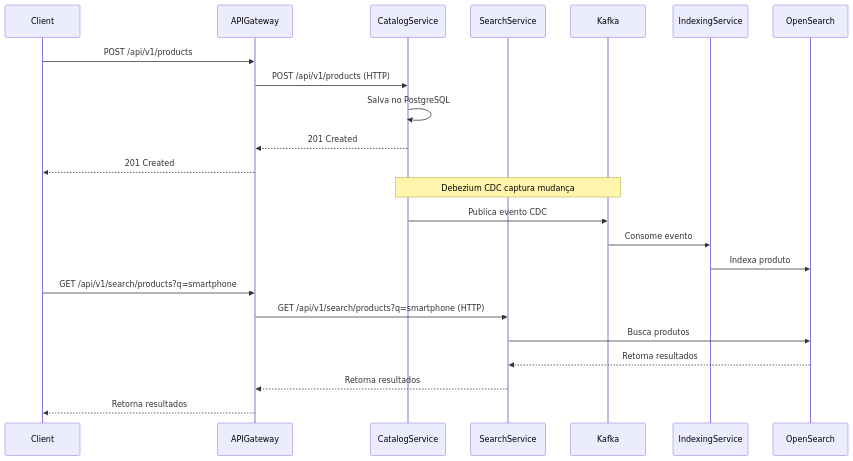
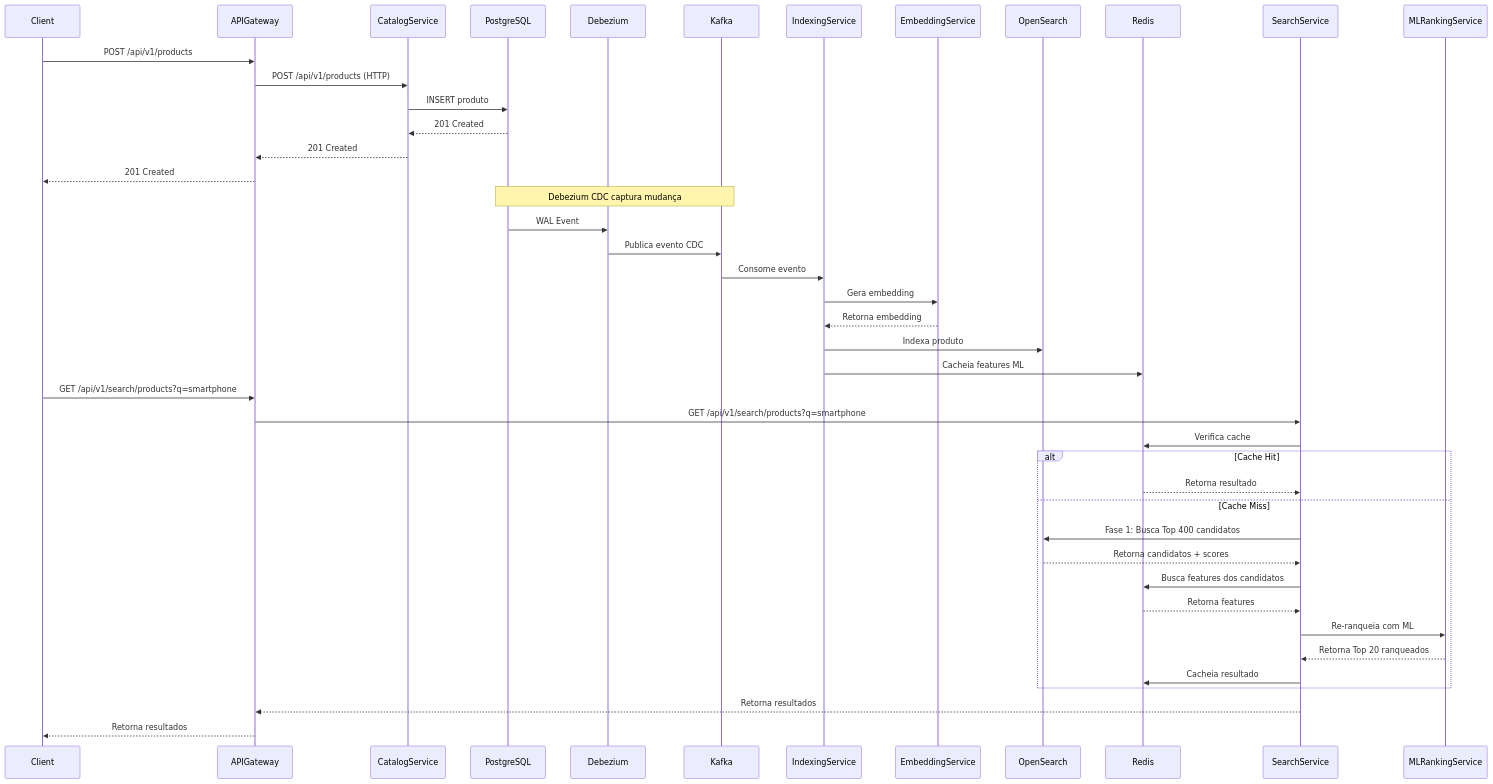
The first of 2 diagrams in README.md (pablords/marketplace-search-system), drawn with Mermaid before and after one commit. The commit also changed other lines of this file and 11 other files, not shown here.

Commit message:
feat: enhance Marketplace Search System documentation and architecture; add detailed README files for API Gateway, Catalog Service, Indexing Service, and Search Service; update architecture overview and component descriptions; remove outdated documents related to async indexing and business rules

````diff
--- a/README.md
+++ b/README.md
@@ -293,28 +401,48 @@
 ```mermaid
 sequenceDiagram
     participant Client
     participant APIGateway
     participant CatalogService
-    participant SearchService
+    participant PostgreSQL
+    participant Debezium
     participant Kafka
     participant IndexingService
+    participant EmbeddingService
     participant OpenSearch
+    participant Redis
+    participant SearchService
+    participant MLRankingService
 
     Client->>APIGateway: POST /api/v1/products
     APIGateway->>CatalogService: POST /api/v1/products (HTTP)
-    CatalogService->>CatalogService: Salva no PostgreSQL
+    CatalogService->>PostgreSQL: INSERT produto
+    PostgreSQL-->>CatalogService: 201 Created
     CatalogService-->>APIGateway: 201 Created
     APIGateway-->>Client: 201 Created
     
-    Note over CatalogService,Kafka: Debezium CDC captura mudança
-    CatalogService->>Kafka: Publica evento CDC
+    Note over PostgreSQL,Kafka: Debezium CDC captura mudança
+    PostgreSQL->>Debezium: WAL Event
+    Debezium->>Kafka: Publica evento CDC
     Kafka->>IndexingService: Consome evento
+    IndexingService->>EmbeddingService: Gera embedding
+    EmbeddingService-->>IndexingService: Retorna embedding
     IndexingService->>OpenSearch: Indexa produto
+    IndexingService->>Redis: Cacheia features ML
 
     Client->>APIGateway: GET /api/v1/search/products?q=smartphone
-    APIGateway->>SearchService: GET /api/v1/search/products?q=smartphone (HTTP)
-    SearchService->>OpenSearch: Busca produtos
-    OpenSearch-->>SearchService: Retorna resultados
+    APIGateway->>SearchService: GET /api/v1/search/products?q=smartphone
+    SearchService->>Redis: Verifica cache
+    alt Cache Hit
+        Redis-->>SearchService: Retorna resultado
+    else Cache Miss
+        SearchService->>OpenSearch: Fase 1: Busca Top 400 candidatos
+        OpenSearch-->>SearchService: Retorna candidatos + scores
+        SearchService->>Redis: Busca features dos candidatos
+        Redis-->>SearchService: Retorna features
+        SearchService->>MLRankingService: Re-ranqueia com ML
+        MLRankingService-->>SearchService: Retorna Top 20 ranqueados
+        SearchService->>Redis: Cacheia resultado
+    end
     SearchService-->>APIGateway: Retorna resultados
     APIGateway-->>Client: Retorna resultados
 ```
````
